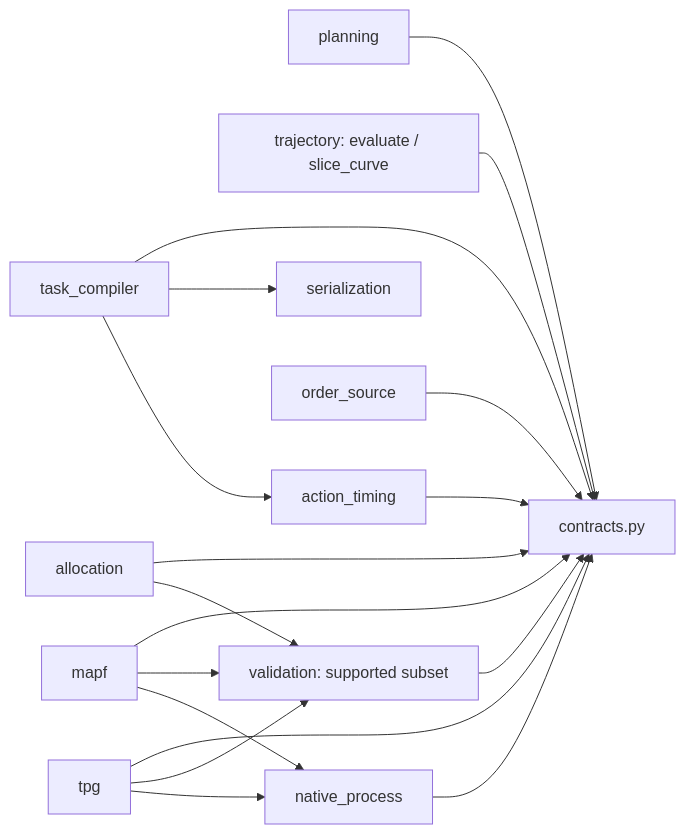
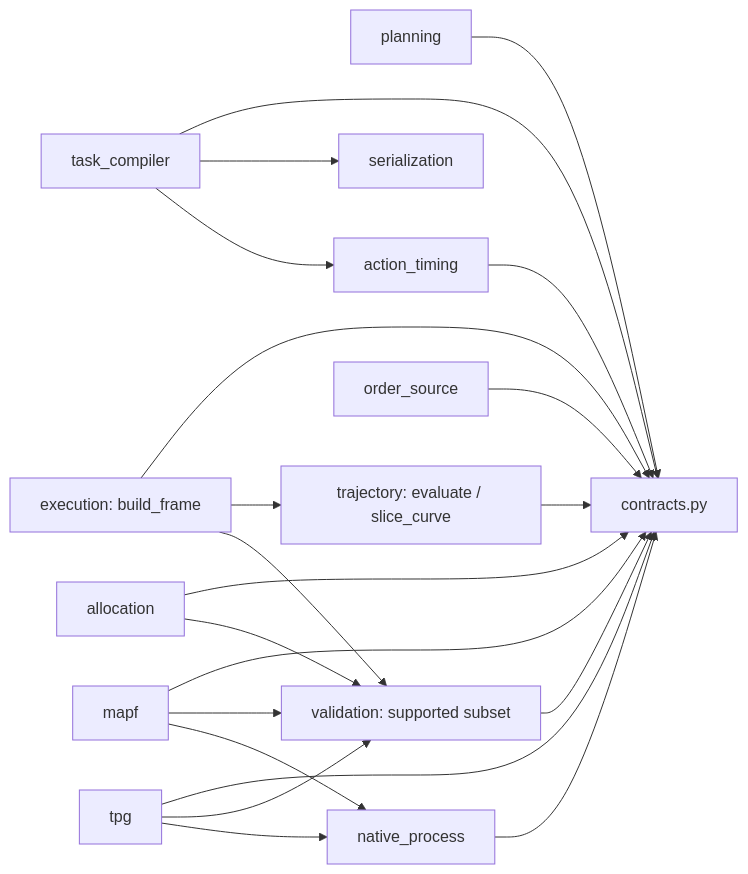
Before and after one commit to Requora/TAPF_MAPF_TPG: the diagram in docs/en/architecture/MODULES.md, drawn with Mermaid. The commit also changed other lines of this file and 24 other files, not shown here.

````diff
--- a/docs/en/architecture/MODULES.md
+++ b/docs/en/architecture/MODULES.md
@@ -83,20 +88,23 @@
 ```mermaid
 flowchart LR
     Compiler[task_compiler] --> Contracts[contracts.py]
     Planning[planning] --> Contracts
+    Execution[execution: build_frame] --> Contracts
+    Execution --> Trajectory
+    Execution --> Validation
     Trajectory[trajectory: evaluate / slice_curve] --> Contracts
     Compiler --> Codec[serialization]
     Compiler --> Durations[action_timing]
     Orders[order_source] --> Contracts
     Durations --> Contracts
     Allocation[allocation] --> Contracts
     Allocation --> Validation[validation: supported subset]
     MAPF[mapf] --> Contracts
     MAPF --> Validation
     MAPF --> Native[native_process]
     TPG[tpg] --> Contracts
     TPG --> Validation
     TPG --> Native
     Validation --> Contracts
     Native --> Contracts
 ```
````
